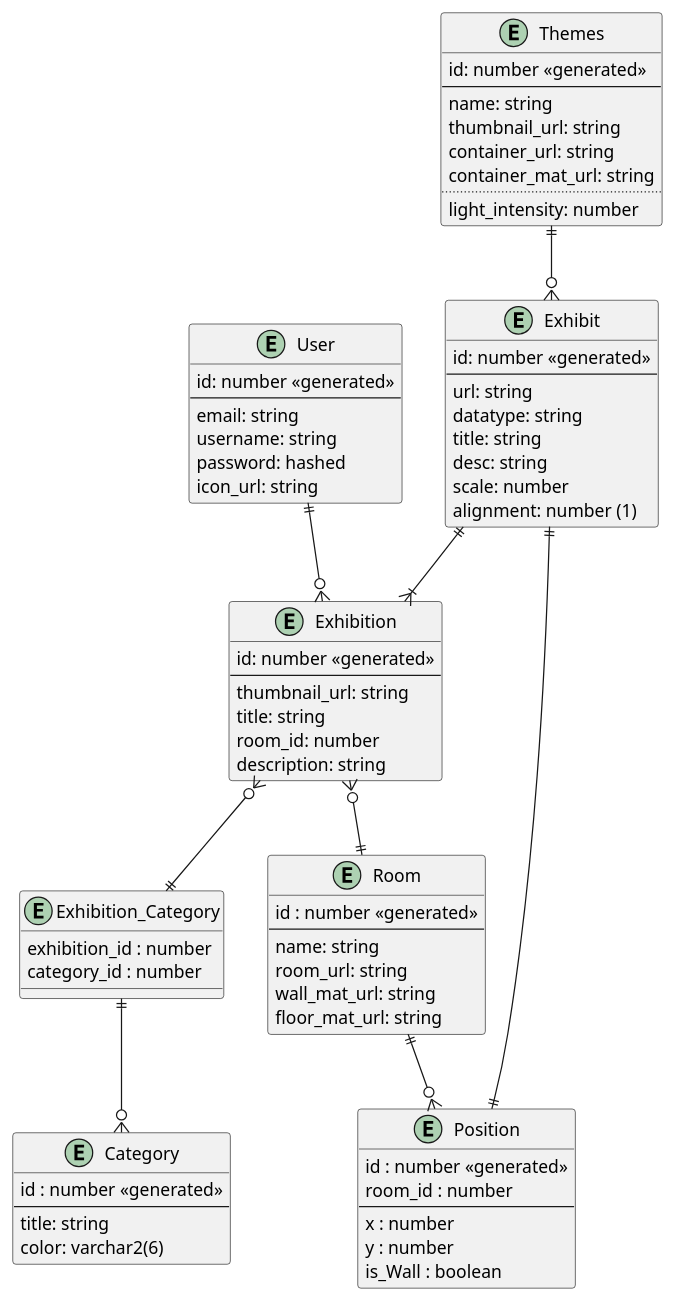
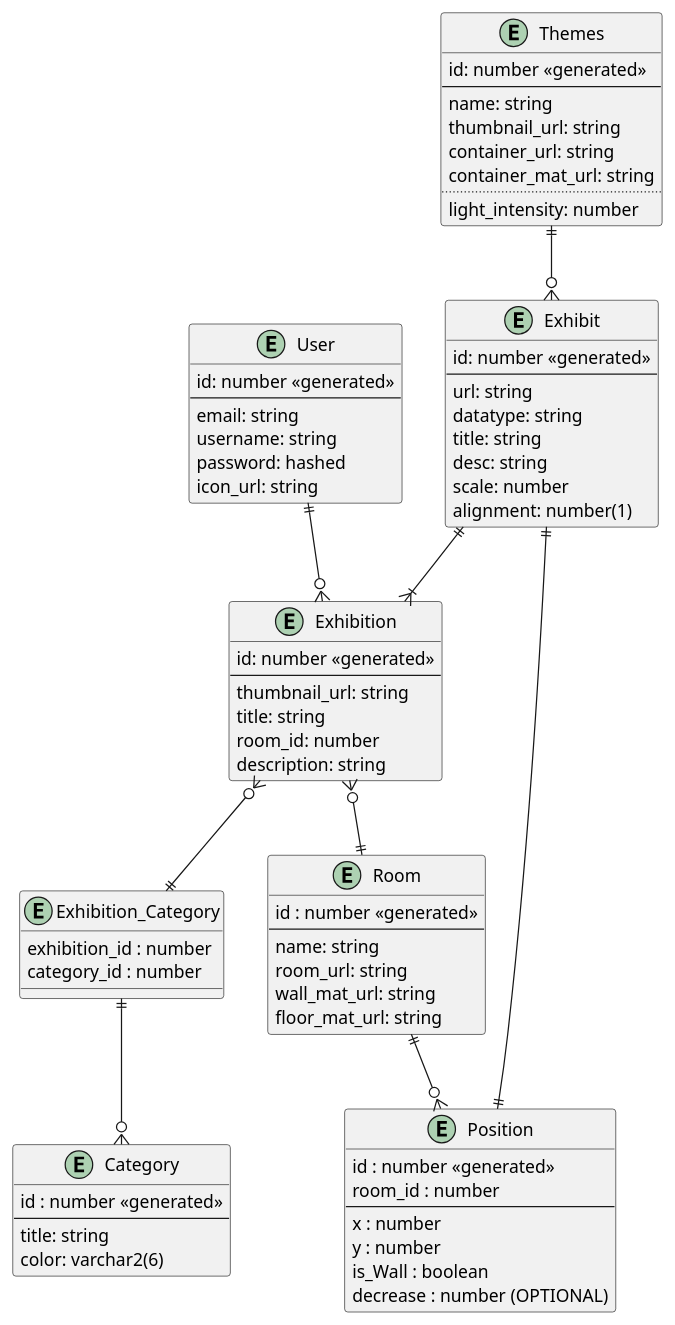
The diagram in ERD/erd.wsd (L0R3N7/3D-Portfolio-Gallery), drawn with PlantUML before and after one commit.

Commit message:
changes am ERD

```diff
--- a/ERD/erd.wsd
+++ b/ERD/erd.wsd
@@ -1,79 +1,80 @@
 @startuml DA-Klassendiagramm
 entity User {
     id: number <<generated>>
     --
     email: string
     username: string
     password: hashed
     icon_url: string
 }
 
 entity Exhibition {
     id: number <<generated>>
     --
     thumbnail_url: string
     title: string
     room_id: number
     description: string
 }
 entity Themes {
     id: number <<generated>>
     --
     name: string
     thumbnail_url: string
     container_url: string
     container_mat_url: string
     ..
     light_intensity: number
 }
 
 entity Room {
     id : number <<generated>>
     --
     name: string
     room_url: string
     wall_mat_url: string
     floor_mat_url: string
 }
 
 entity Position{
     id : number <<generated>>
     room_id : number
     ---
     x : number
     y : number
     is_Wall : boolean
+    decrease : number (OPTIONAL)
 }
 
 entity Exhibition_Category {
     exhibition_id : number
     category_id : number
 }
 
 entity Category{
    id : number <<generated>>
    --
    title: string
    color: varchar2(6)
 }
 
 entity Exhibit {
     id: number <<generated>> 
     --
     url: string
     datatype: string
     title: string
     desc: string
     scale: number
-    alignment: number (1)
+    alignment: number(1)
 }
 
 User ||--o{ Exhibition
 Exhibit ||--|{Exhibition
 Exhibit ||--|| Position
 Exhibition }o--|| Exhibition_Category
 Exhibition_Category ||--o{ Category
 Room ||--o{ Position
 Exhibition }o--|| Room
 Themes ||--o{ Exhibit
 @enduml
```
